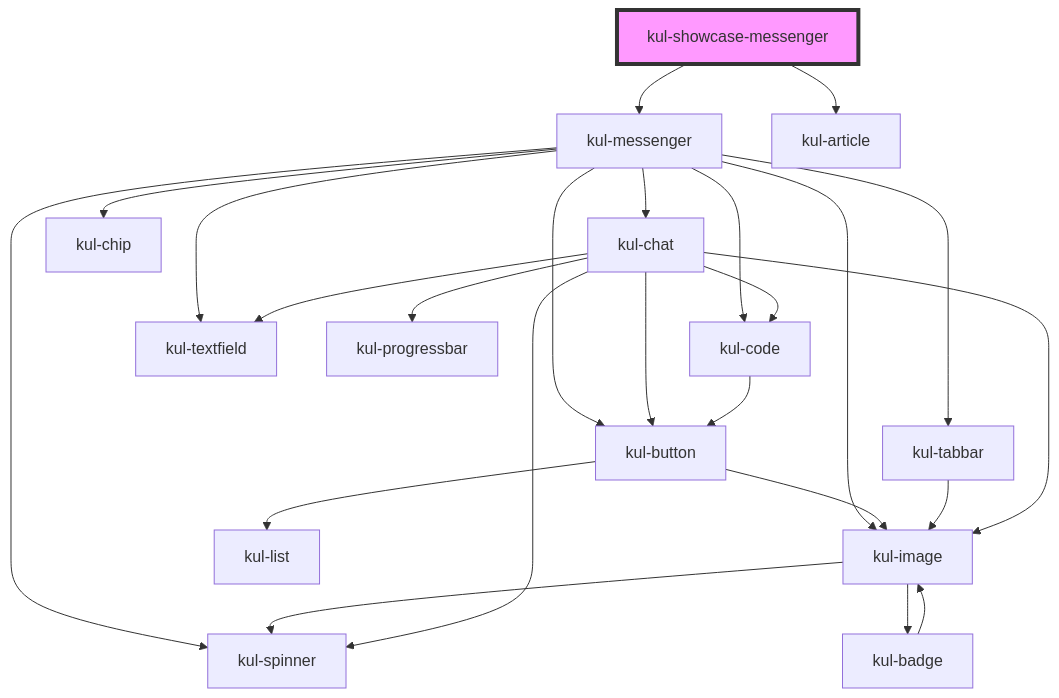
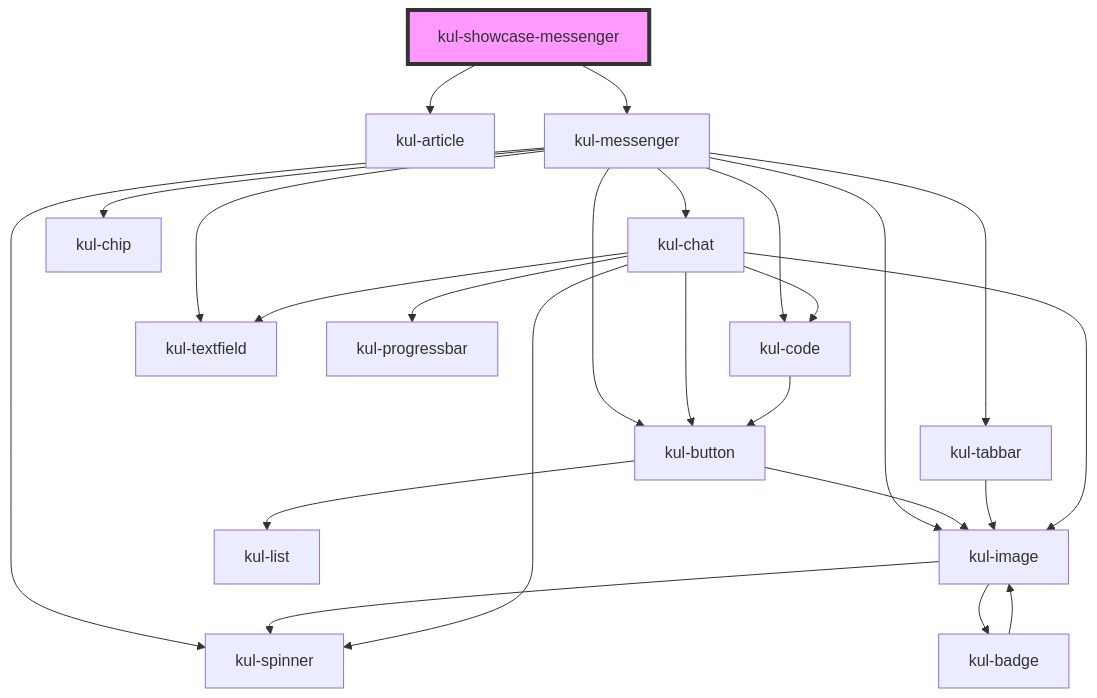
The diagram in packages/ketchup-lite/src/components/kul-showcase/components/messenger/readme.md (lucafoscili/ketchup-lite), drawn with Mermaid before and after one commit. The commit also changed other lines of this file and 46 other files, not shown here.

````diff
--- a/packages/ketchup-lite/src/components/kul-showcase/components/messenger/readme.md
+++ b/packages/ketchup-lite/src/components/kul-showcase/components/messenger/readme.md
@@ -27,27 +24,27 @@
 ```mermaid
 graph TD;
+  kul-showcase-messenger --> kul-article
   kul-showcase-messenger --> kul-messenger
-  kul-showcase-messenger --> kul-article
   kul-messenger --> kul-button
   kul-messenger --> kul-tabbar
   kul-messenger --> kul-chat
   kul-messenger --> kul-image
   kul-messenger --> kul-spinner
   kul-messenger --> kul-code
   kul-messenger --> kul-chip
   kul-messenger --> kul-textfield
   kul-button --> kul-image
   kul-button --> kul-list
   kul-image --> kul-spinner
   kul-image --> kul-badge
   kul-badge --> kul-image
   kul-tabbar --> kul-image
   kul-chat --> kul-spinner
   kul-chat --> kul-image
   kul-chat --> kul-button
   kul-chat --> kul-textfield
   kul-chat --> kul-progressbar
   kul-chat --> kul-code
   kul-code --> kul-button
   style kul-showcase-messenger fill:#f9f,stroke:#333,stroke-width:4px
 ```
````
